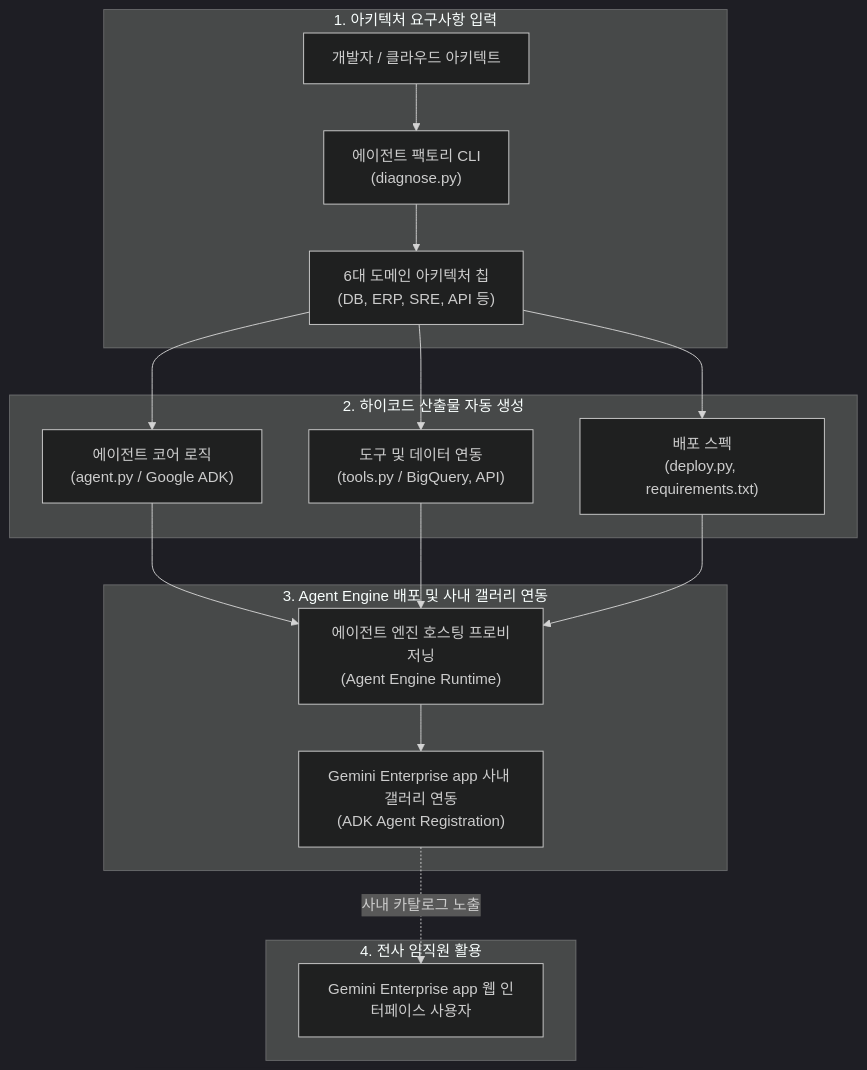
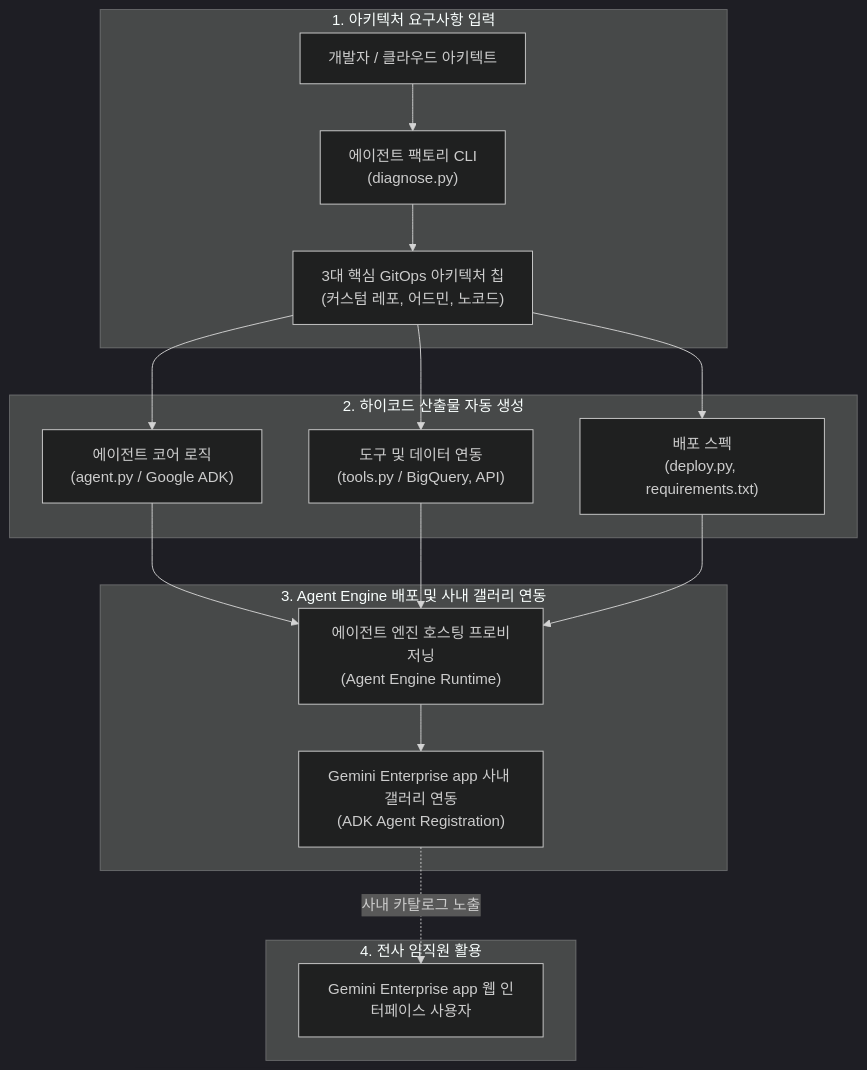
One commit to jiangjun-forge/google-cloud-0-to-1 changed the diagram in samples/gemini-enterprise-copilot-custom/docs/TDD.md. Above: the diagram before and after it, drawn with Mermaid (dark theme). The commit also changed other lines of this file and 5 other files, not shown here.

````diff
--- a/samples/gemini-enterprise-copilot-custom/docs/TDD.md
+++ b/samples/gemini-enterprise-copilot-custom/docs/TDD.md
@@ -23,33 +23,33 @@
 ```mermaid
 flowchart TD
     subgraph InputPhase ["1. 아키텍처 요구사항 입력"]
         Dev["개발자 / 클라우드 아키텍트"]
         CLI["에이전트 팩토리 CLI<br/>(diagnose.py)"]
-        PresetEngine["6대 도메인 아키텍처 칩<br/>(DB, ERP, SRE, API 등)"]
+        PresetEngine["3대 핵심 GitOps 아키텍처 칩<br/>(커스텀 레포, 어드민, 노코드)"]
         Dev --> CLI
         CLI --> PresetEngine
     end
 
     subgraph CodegenPhase ["2. 하이코드 산출물 자동 생성"]
         AgentCode["에이전트 코어 로직<br/>(agent.py / Google ADK)"]
         ToolsCode["도구 및 데이터 연동<br/>(tools.py / BigQuery, API)"]
         DeploySpec["배포 스펙<br/>(deploy.py, requirements.txt)"]
         PresetEngine --> AgentCode
         PresetEngine --> ToolsCode
         PresetEngine --> DeploySpec
     end
 
     subgraph DeploymentPhase ["3. Agent Engine 배포 및 사내 갤러리 연동"]
         AgentEngine["에이전트 엔진 호스팅 프로비저닝<br/>(Agent Engine Runtime)"]
         GEAppBinding["Gemini Enterprise app 사내 갤러리 연동<br/>(ADK Agent Registration)"]
         AgentCode --> AgentEngine
         ToolsCode --> AgentEngine
         DeploySpec --> AgentEngine
         AgentEngine --> GEAppBinding
     end
 
     subgraph EndUser ["4. 전사 임직원 활용"]
         User["Gemini Enterprise app 웹 인터페이스 사용자"]
         GEAppBinding -.->|"사내 카탈로그 노출"| User
     end
 ```
````
